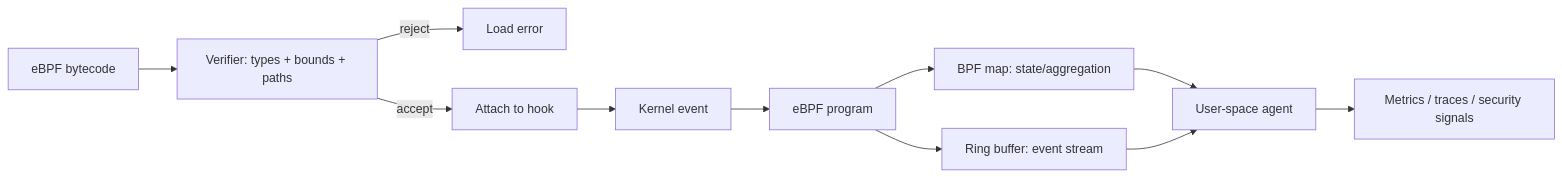
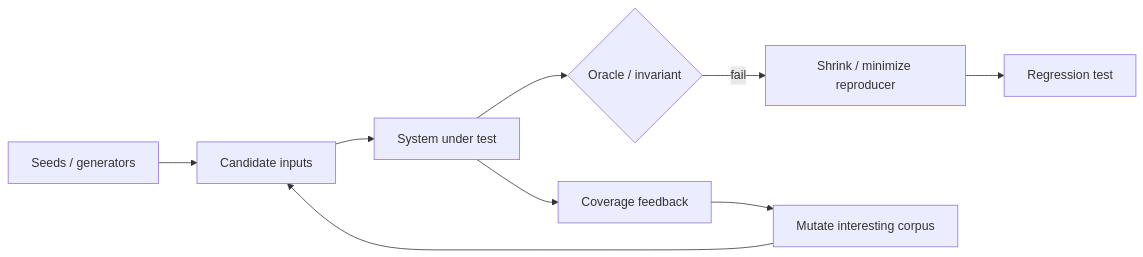
Before and after one commit to cebrailbagatarhan/software-engineering-interview-roadmap: the first of 2 diagrams in daily/2026-09-21/16-00.md, drawn with Mermaid. The commit also changed other lines of this file, not shown here.

````diff
--- a/daily/2026-09-21/16-00.md
+++ b/daily/2026-09-21/16-00.md
@@ -13,13 +13,11 @@
 ```mermaid
 flowchart LR
- SRC[eBPF bytecode] --> V[Verifier: types + bounds + paths]
- V -->|reject| ERR[Load error]
- V -->|accept| H[Attach to hook]
- H --> K[Kernel event]
- K --> P[eBPF program]
- P --> M[BPF map: state/aggregation]
- P --> R[Ring buffer: event stream]
- M --> U[User-space agent]
- R --> U
- U --> O[Metrics / traces / security signals]
+ S[Seeds / generators] --> I[Candidate inputs]
+ I --> T[System under test]
+ T --> O{Oracle / invariant}
+ T --> C[Coverage feedback]
+ C --> M[Mutate interesting corpus]
+ M --> I
+ O -->|fail| R[Shrink / minimize reproducer]
+ R --> G[Regression test]
 ```
````
